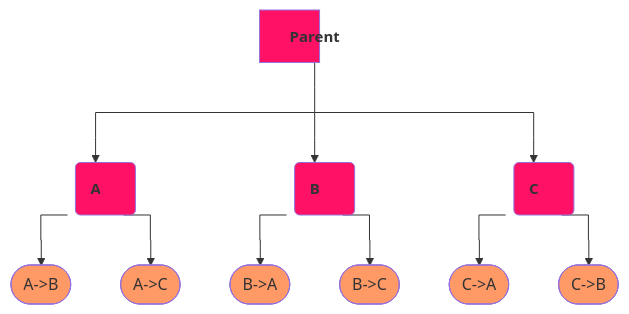
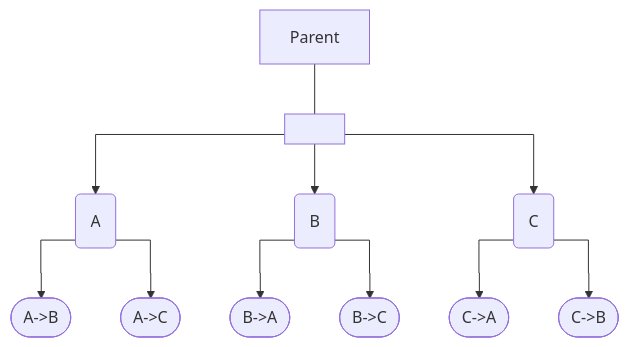
Before and after one commit to JulesKouatchou/sample_flowcharts: the third of 3 diagrams in README.md, drawn with Mermaid. The commit also changed other lines of this file, not shown here.

````diff
--- a/README.md
+++ b/README.md
@@ -46,32 +46,32 @@
 ```mermaid
 %%{ init: {'flowchart': { 'curve': 'stepAfter' } } }%%
 
 flowchart TB
     %% This is a test
     P[Parent]:::c1
     O[ ]:::empty
     A(A):::c1
     B(B):::c1
     C(C):::c1
     AB([A->B]):::c2
     AC(["A->C"]):::c2
     BA(["B->A"]):::c2
     BC(["B->C"]):::c2
     CA(["C->A"]):::c2 
     CB(["C->B"]):::c2
     
-    classDef c1 width:60px,fill:#f16,font-size:15px,font-weight:bold
-    classDef c2 fill:#f96
-    classDef empty width:0px,height:0px
+    %% classDef c1 width:60px,fill:#f16,font-size:15px,font-weight:bold
+    %% classDef c2 fill:#f96
+    %% classDef empty width:0px,height:0px
 
     P --- O
     O --> A
     O --> B 
     O --> C
     A --> AB
     A --> AC
     B --> BA
     B --> BC
     C --> CA
     C --> CB
 ```
````
